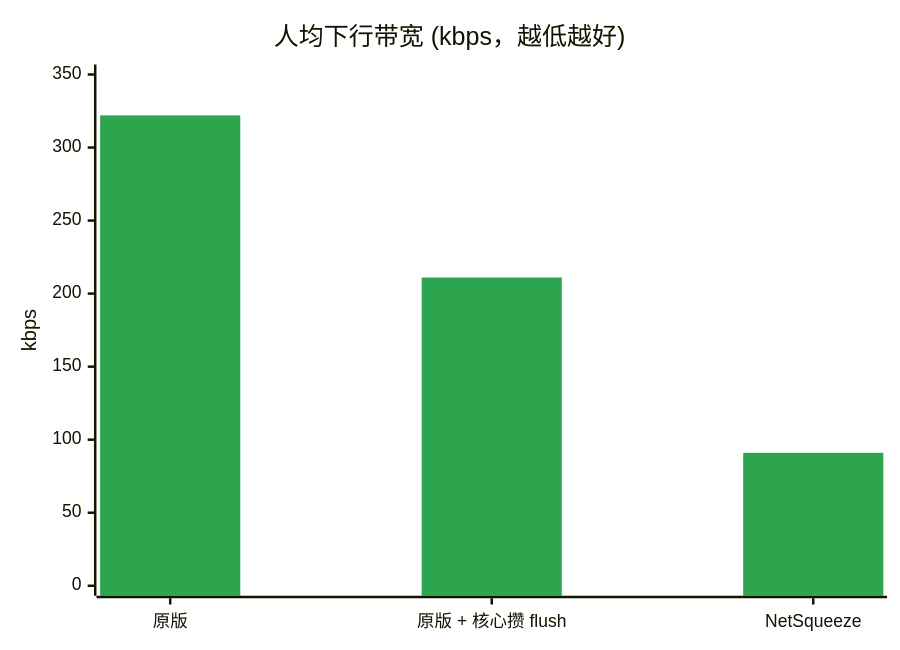
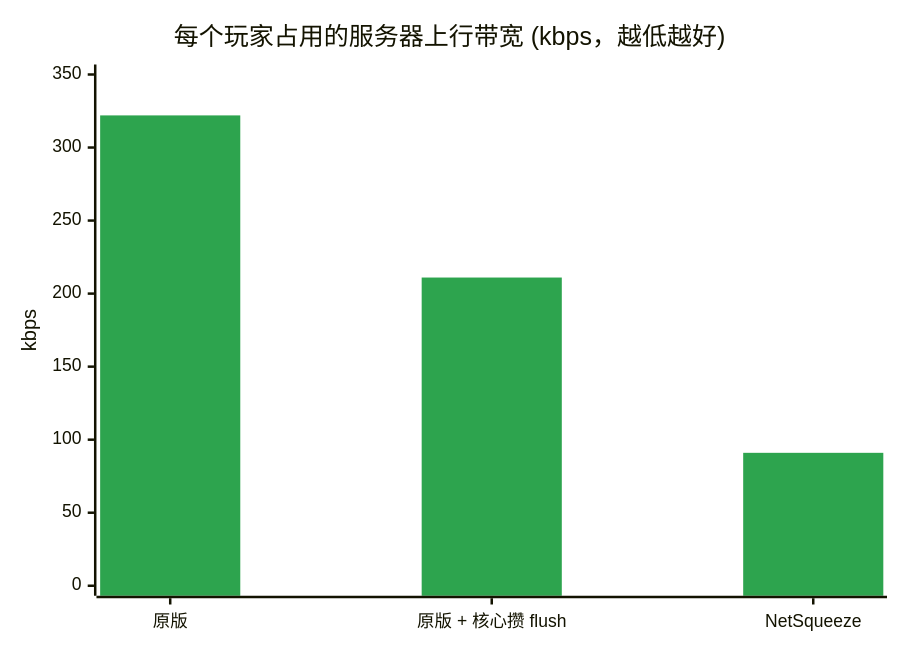
Before and after one commit to GoldenCarrotMCS/NetSqueeze_Plus: the second of 3 diagrams in README.md, drawn with Mermaid. The commit also changed other lines of this file and 1 other file, not shown here.

````diff
--- a/README.md
+++ b/README.md
@@ -101,8 +103,8 @@
 ```mermaid
 %%{init: {"themeVariables": {"xyChart": {"plotColorPalette": "#2da44e"}}}}%%
 xychart-beta
-    title "人均下行带宽 (kbps，越低越好)"
+    title "每个玩家占用的服务器上行带宽 (kbps，越低越好)"
     x-axis ["原版", "原版 + 核心攒 flush", "NetSqueeze"]
     y-axis "kbps" 0 --> 350
     bar [322, 211, 91]
 ```
````
